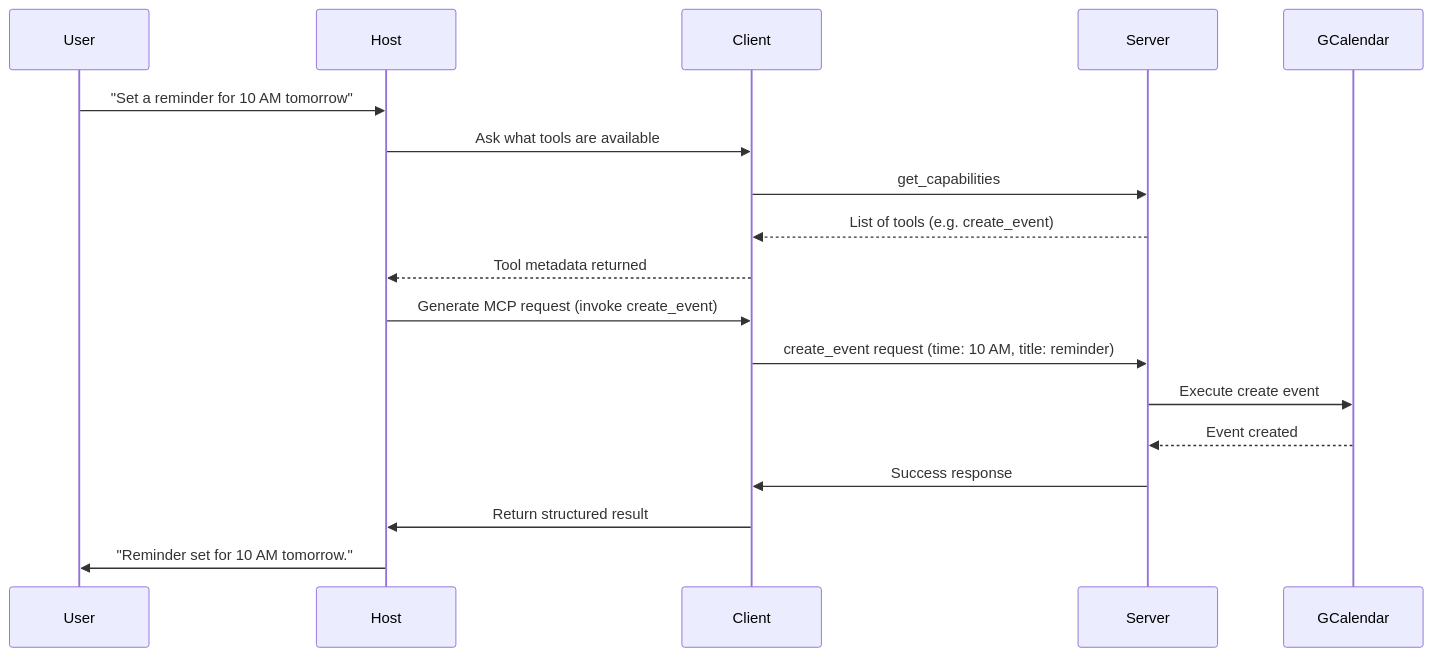
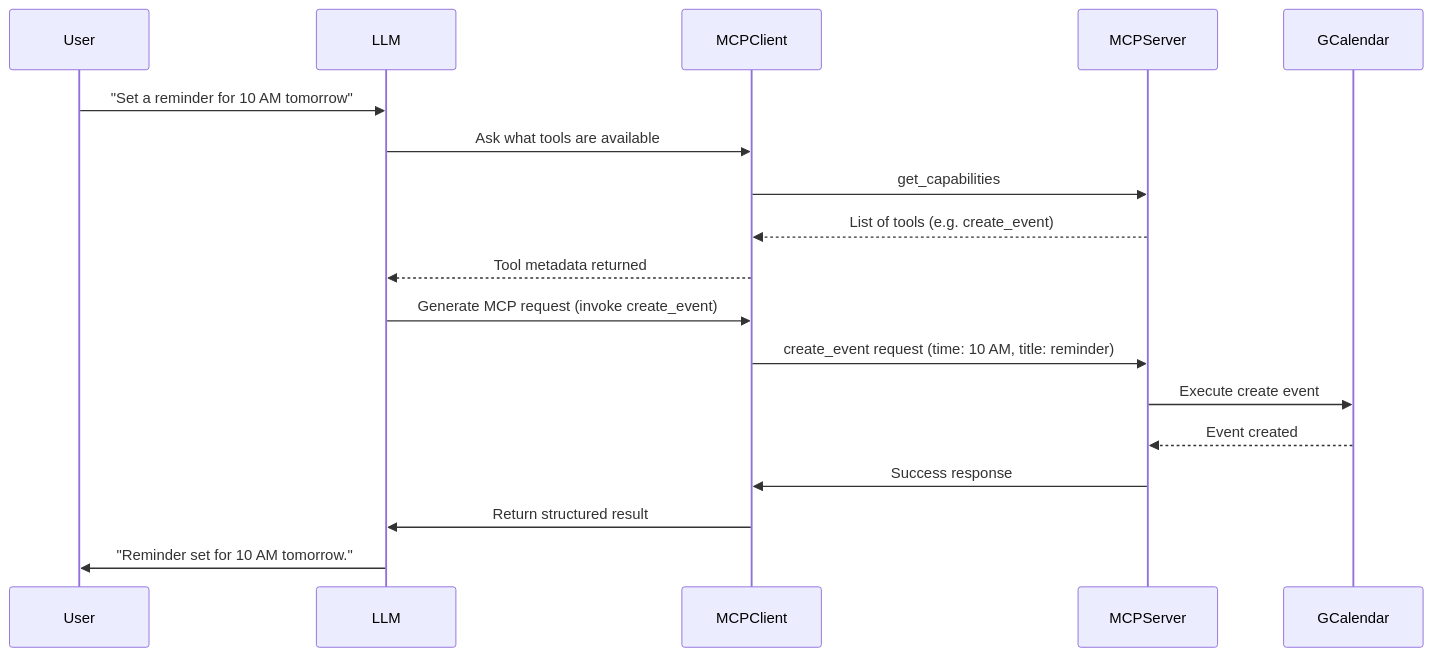
Before and after one commit to bicep/ol-demo: diagram 15 of 15 in docs/mcp-presentation.md, drawn with Mermaid. The commit also changed other lines of this file and 1 other file, not shown here.

```diff
--- a/docs/mcp-presentation.md
+++ b/docs/mcp-presentation.md
@@ -120,20 +356,20 @@
 <div class="mermaid">
 sequenceDiagram
     participant User
-    participant Host
-    participant Client
-    participant Server
+    participant LLM
+    participant MCPClient
+    participant MCPServer
     participant GCalendar
-    User->>Host: "Set a reminder for 10 AM tomorrow"
-    Host->>Client: Ask what tools are available
-    Client->>Server: get_capabilities
-    Server-->>Client: List of tools (e.g. create_event)
-    Client-->>Host: Tool metadata returned
-    Host->>Client: Generate MCP request (invoke create_event)
-    Client->>Server: create_event request (time: 10 AM, title: reminder)
-    Server->>GCalendar: Execute create event
-    GCalendar-->>Server: Event created
-    Server->>Client: Success response
-    Client->>Host: Return structured result
-    Host->>User: "Reminder set for 10 AM tomorrow."
+    User->>LLM: "Set a reminder for 10 AM tomorrow"
+    LLM->>MCPClient: Ask what tools are available
+    MCPClient->>MCPServer: get_capabilities
+    MCPServer-->>MCPClient: List of tools (e.g. create_event)
+    MCPClient-->>LLM: Tool metadata returned
+    LLM->>MCPClient: Generate MCP request (invoke create_event)
+    MCPClient->>MCPServer: create_event request (time: 10 AM, title: reminder)
+    MCPServer->>GCalendar: Execute create event
+    GCalendar-->>MCPServer: Event created
+    MCPServer->>MCPClient: Success response
+    MCPClient->>LLM: Return structured result
+    LLM->>User: "Reminder set for 10 AM tomorrow."
 </div>
```
